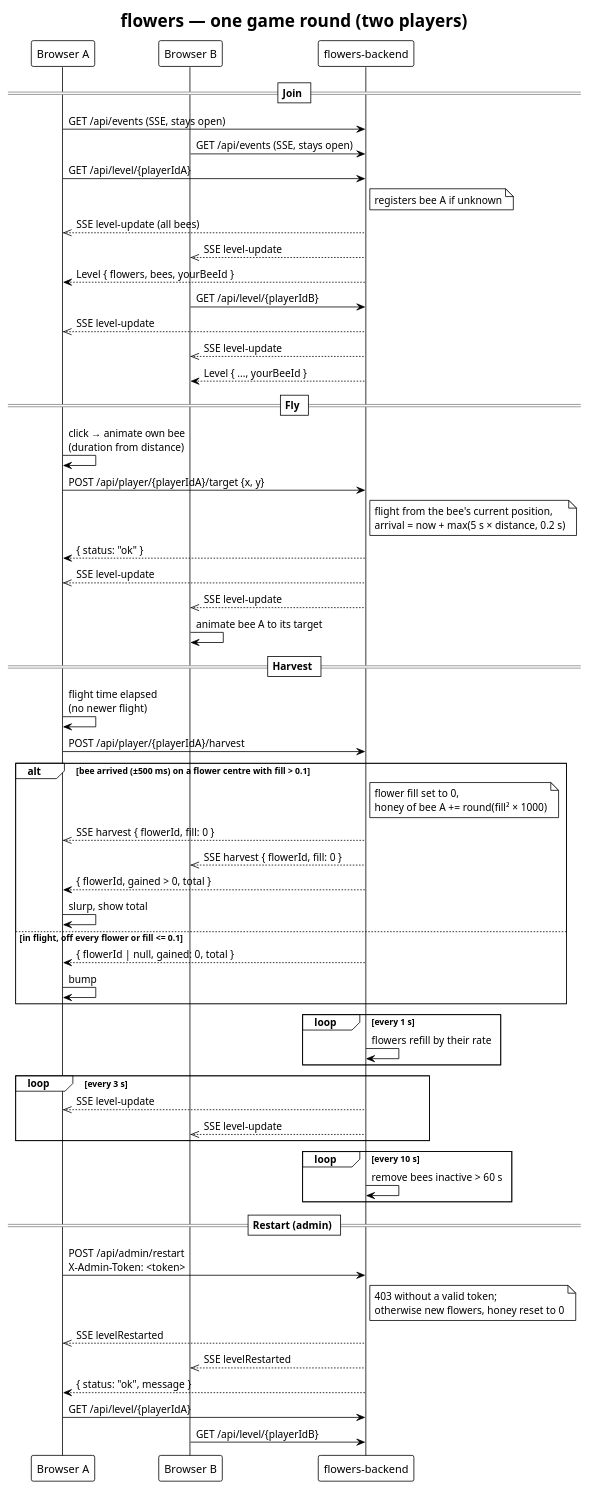
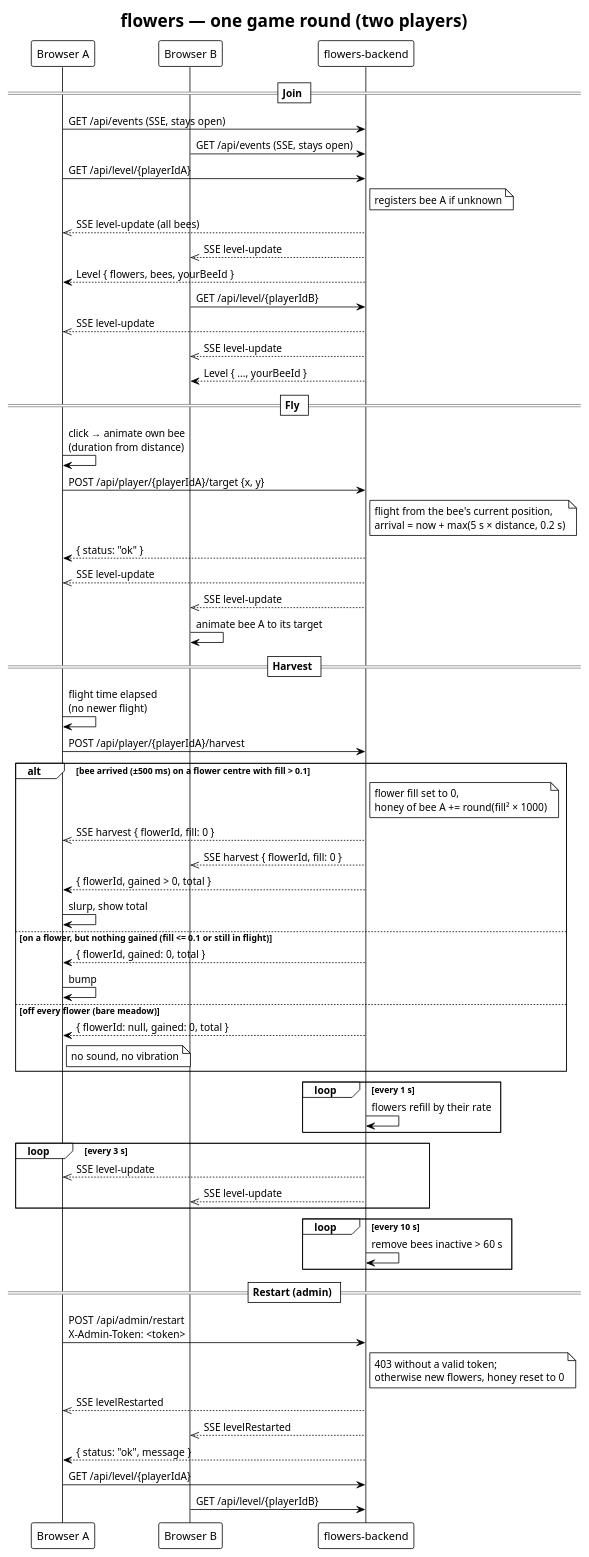
One commit to guFalcon/flowers-backend changed the diagram in docs/diagrams/game-round.puml. Above: the diagram before and after it, drawn with PlantUML. The commit also changed 6 other files, not shown here.

Commit message:
chore: archive bump-only-on-empty-flower change and sync specs

```diff
--- a/docs/diagrams/game-round.puml
+++ b/docs/diagrams/game-round.puml
@@ -1,66 +1,69 @@
 @startuml game-round
 !theme plain
 skinparam defaultFontName sans-serif
 skinparam sequenceMessageAlign left
 title flowers — one game round (two players)
 
 participant "Browser A" as A
 participant "Browser B" as B
 participant "flowers-backend" as S
 
 == Join ==
 A -> S : GET /api/events (SSE, stays open)
 B -> S : GET /api/events (SSE, stays open)
 A -> S : GET /api/level/{playerIdA}
 note right of S : registers bee A if unknown
 S -->> A : SSE level-update (all bees)
 S -->> B : SSE level-update
 S --> A : Level { flowers, bees, yourBeeId }
 B -> S : GET /api/level/{playerIdB}
 S -->> A : SSE level-update
 S -->> B : SSE level-update
 S --> B : Level { ..., yourBeeId }
 
 == Fly ==
 A -> A : click → animate own bee\n(duration from distance)
 A -> S : POST /api/player/{playerIdA}/target {x, y}
 note right of S : flight from the bee's current position,\narrival = now + max(5 s × distance, 0.2 s)
 S --> A : { status: "ok" }
 S -->> A : SSE level-update
 S -->> B : SSE level-update
 B -> B : animate bee A to its target
 
 == Harvest ==
 A -> A : flight time elapsed\n(no newer flight)
 A -> S : POST /api/player/{playerIdA}/harvest
 alt bee arrived (±500 ms) on a flower centre with fill > 0.1
   note right of S : flower fill set to 0,\nhoney of bee A += round(fill² × 1000)
   S -->> A : SSE harvest { flowerId, fill: 0 }
   S -->> B : SSE harvest { flowerId, fill: 0 }
   S --> A : { flowerId, gained > 0, total }
   A -> A : slurp, show total
-else in flight, off every flower or fill <= 0.1
-  S --> A : { flowerId | null, gained: 0, total }
+else on a flower, but nothing gained (fill <= 0.1 or still in flight)
+  S --> A : { flowerId, gained: 0, total }
   A -> A : bump
+else off every flower (bare meadow)
+  S --> A : { flowerId: null, gained: 0, total }
+  note right of A : no sound, no vibration
 end
 
 loop every 1 s
   S -> S : flowers refill by their rate
 end
 loop every 3 s
   S -->> A : SSE level-update
   S -->> B : SSE level-update
 end
 loop every 10 s
   S -> S : remove bees inactive > 60 s
 end
 
 == Restart (admin) ==
 A -> S : POST /api/admin/restart\nX-Admin-Token: <token>
 note right of S : 403 without a valid token;\notherwise new flowers, honey reset to 0
 S -->> A : SSE levelRestarted
 S -->> B : SSE levelRestarted
 S --> A : { status: "ok", message }
 A -> S : GET /api/level/{playerIdA}
 B -> S : GET /api/level/{playerIdB}
 @enduml
```
